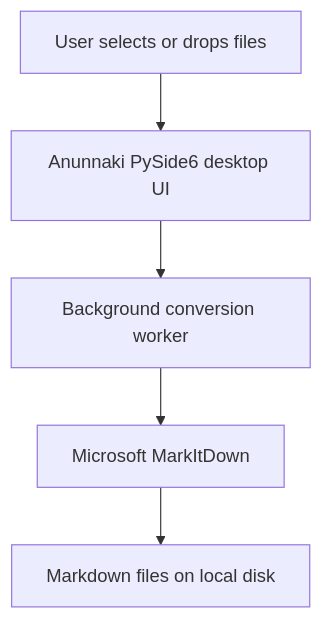
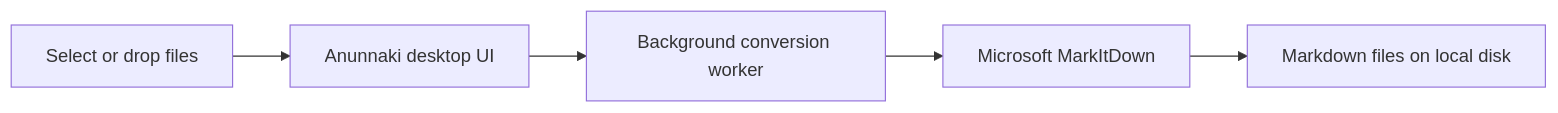
The diagram in README.md (Louai-Al-Obaidi/anunnaki), drawn with Mermaid before and after one commit. The commit also changed other lines of this file and 9 other files, not shown here.

````diff
--- a/README.md
+++ b/README.md
@@ -49,7 +43,7 @@
 ```mermaid
-flowchart TD
-    A[User selects or drops files] --> B[Anunnaki PySide6 desktop UI]
+flowchart LR
+    A[Select or drop files] --> B[Anunnaki desktop UI]
     B --> C[Background conversion worker]
     C --> D[Microsoft MarkItDown]
     D --> E[Markdown files on local disk]
 ```
````
